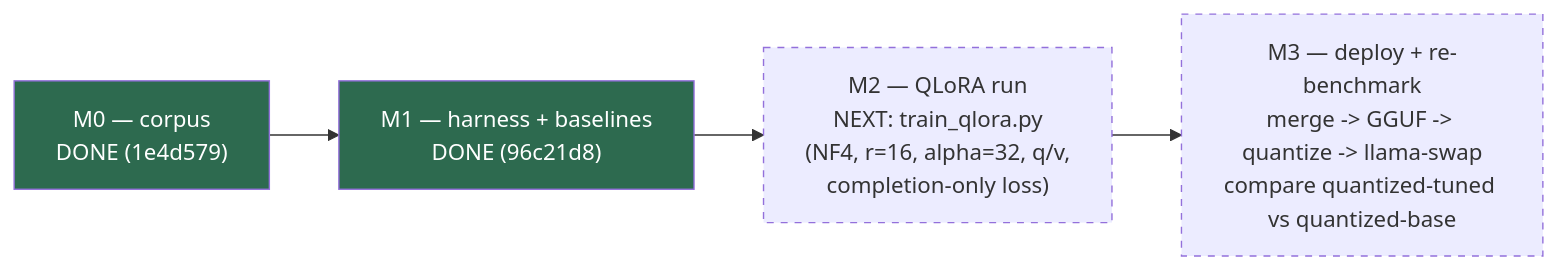
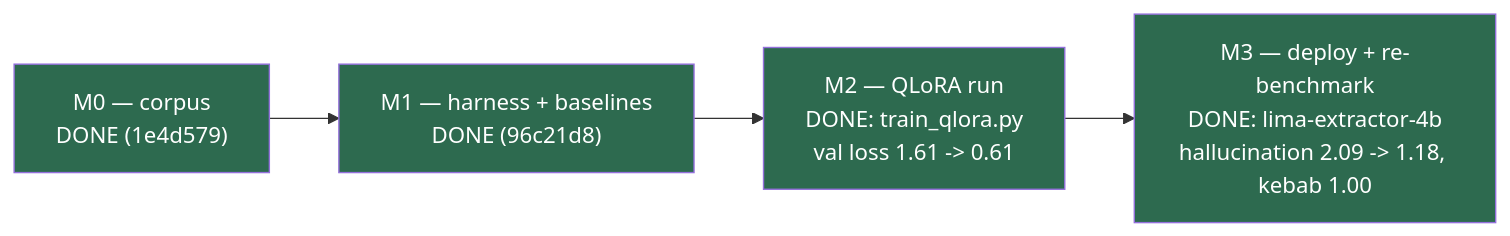
Before and after one commit to leoric-crown/lima: the third of 3 diagrams in finetune/README.md, drawn with Mermaid. The commit also changed other lines of this file and 9 other files, not shown here.

First line of the commit message:
feat(finetune,benchmark): M2 QLoRA run + M3 deployed tuned-vs-base comparison

````diff
--- a/finetune/README.md
+++ b/finetune/README.md
@@ -157,11 +218,11 @@
 ```mermaid
 flowchart LR
     M0["M0 — corpus<br>DONE (1e4d579)"] --> M1["M1 — harness + baselines<br>DONE (96c21d8)"]
-    M1 --> M2["M2 — QLoRA run<br>NEXT: train_qlora.py<br>(NF4, r=16, alpha=32, q/v,<br>completion-only loss)"]
-    M2 --> M3["M3 — deploy + re-benchmark<br>merge -> GGUF -> quantize -> llama-swap<br>compare quantized-tuned vs quantized-base"]
+    M1 --> M2["M2 — QLoRA run<br>DONE: train_qlora.py<br>val loss 1.61 -> 0.61"]
+    M2 --> M3["M3 — deploy + re-benchmark<br>DONE: lima-extractor-4b<br>hallucination 2.09 -> 1.18, kebab 1.00"]
 
     style M0 fill:#2d6a4f,color:#fff
     style M1 fill:#2d6a4f,color:#fff
-    style M2 stroke-dasharray: 5 5
-    style M3 stroke-dasharray: 5 5
+    style M2 fill:#2d6a4f,color:#fff
+    style M3 fill:#2d6a4f,color:#fff
 ```
````
